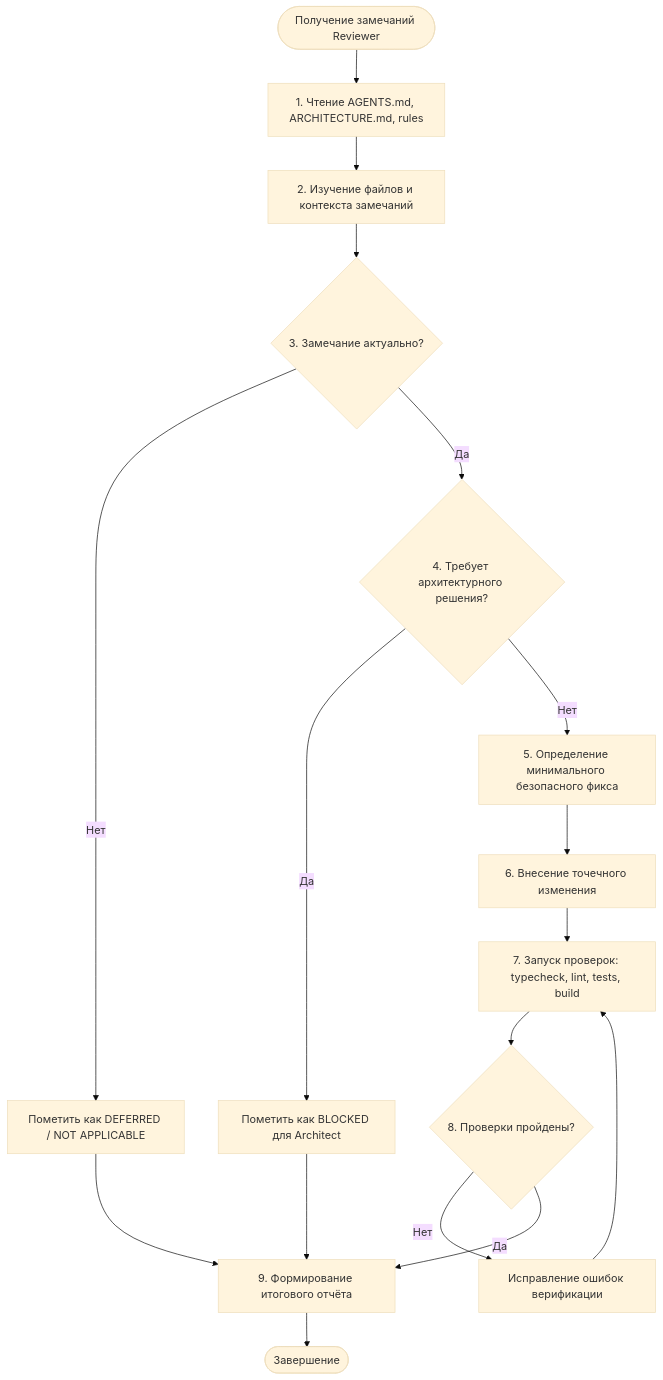
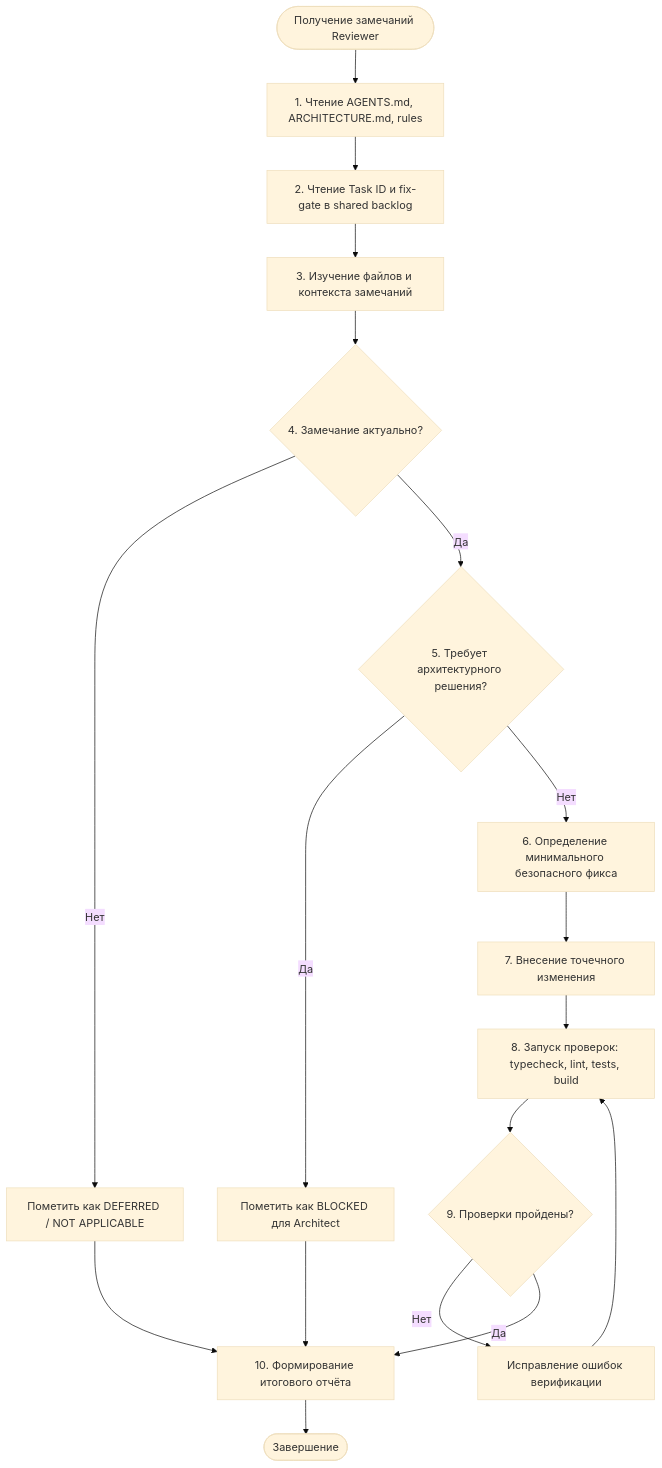
The diagram in .agents/agents/fixer/agent.md (zyzycode/project_wisp), drawn with Mermaid (base theme) before and after one commit. The commit also changed other lines of this file and 22 other files, not shown here.

````diff
--- a/.agents/agents/fixer/agent.md
+++ b/.agents/agents/fixer/agent.md
@@ -139,19 +166,20 @@
 ```mermaid
 flowchart TD
     Start([Получение замечаний Reviewer]) --> ReadDocs[1. Чтение AGENTS.md, ARCHITECTURE.md, rules]
-    ReadDocs --> Inspect[2. Изучение файлов и контекста замечаний]
-    Inspect --> Validate{3. Замечание актуально?}
+    ReadDocs --> ReadTask[2. Чтение Task ID и fix-gate в shared backlog]
+    ReadTask --> Inspect[3. Изучение файлов и контекста замечаний]
+    Inspect --> Validate{4. Замечание актуально?}
     Validate -- Нет --> ReportSkip[Пометить как DEFERRED / NOT APPLICABLE]
-    Validate -- Да --> CheckArch{4. Требует архитектурного решения?}
+    Validate -- Да --> CheckArch{5. Требует архитектурного решения?}
     CheckArch -- Да --> BlockArch[Пометить как BLOCKED для Architect]
-    CheckArch -- Нет --> DesignFix[5. Определение минимального безопасного фикса]
-    DesignFix --> ApplyFix[6. Внесение точечного изменения]
-    ApplyFix --> Verify[7. Запуск проверок: typecheck, lint, tests, build]
-    Verify --> CheckTests{8. Проверки пройдены?}
+    CheckArch -- Нет --> DesignFix[6. Определение минимального безопасного фикса]
+    DesignFix --> ApplyFix[7. Внесение точечного изменения]
+    ApplyFix --> Verify[8. Запуск проверок: typecheck, lint, tests, build]
+    Verify --> CheckTests{9. Проверки пройдены?}
     CheckTests -- Нет --> DebugFix[Исправление ошибок верификации]
     DebugFix --> Verify
-    CheckTests -- Да --> FinalReport[9. Формирование итогового отчёта]
+    CheckTests -- Да --> FinalReport[10. Формирование итогового отчёта]
     ReportSkip --> FinalReport
     BlockArch --> FinalReport
     FinalReport --> Done([Завершение])
 ```
````
